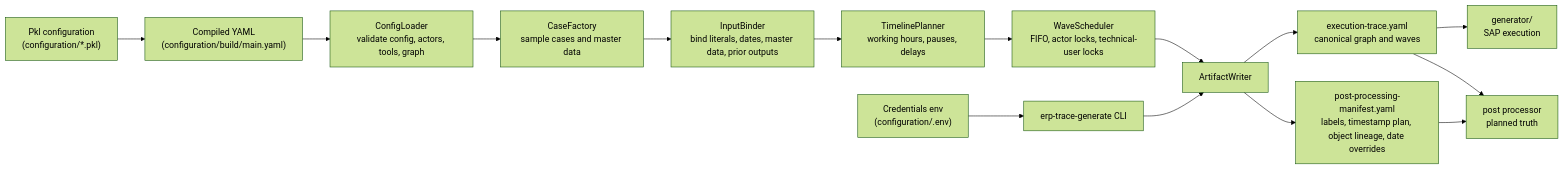
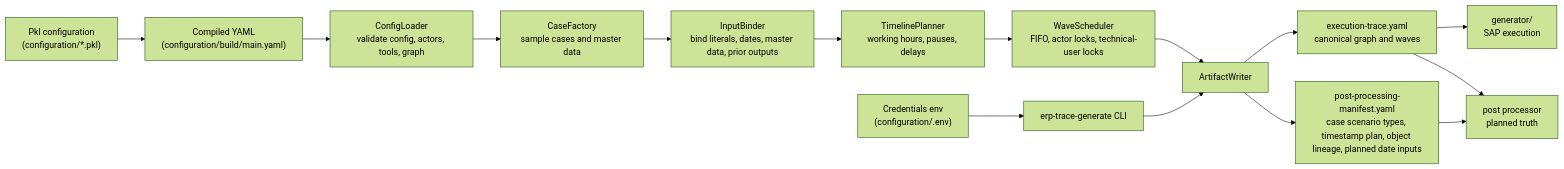
The diagram in trace_generator/README.md (volume4k/advanced-synthetic-erp-data-generator), drawn with Mermaid (forest theme) before and after one commit. The commit also changed other lines of this file and 54 other files, not shown here.

````diff
--- a/trace_generator/README.md
+++ b/trace_generator/README.md
@@ -10,17 +10,17 @@
 ```mermaid
 flowchart LR
   pkl["Pkl configuration\n(configuration/*.pkl)"] --> yaml["Compiled YAML\n(configuration/build/main.yaml)"]
   env["Credentials env\n(configuration/.env)"] --> cli["erp-trace-generate CLI"]
   yaml --> loader["ConfigLoader\nvalidate config, actors, tools, graph"]
   loader --> cases["CaseFactory\nsample cases and master data"]
   cases --> binder["InputBinder\nbind literals, dates, master data, prior outputs"]
   binder --> timeline["TimelinePlanner\nworking hours, pauses, delays"]
   timeline --> scheduler["WaveScheduler\nFIFO, actor locks, technical-user locks"]
   scheduler --> writer["ArtifactWriter"]
   cli --> writer
   writer --> canonical["execution-trace.yaml\ncanonical graph and waves"]
-  writer --> manifest["post-processing-manifest.yaml\nlabels, timestamp plan, object lineage, date overrides"]
+  writer --> manifest["post-processing-manifest.yaml\ncase scenario types, timestamp plan, object lineage, planned date inputs"]
   canonical --> executor["generator/\nSAP execution"]
   canonical --> post["post processor\nplanned truth"]
   manifest --> post
 ```
````
